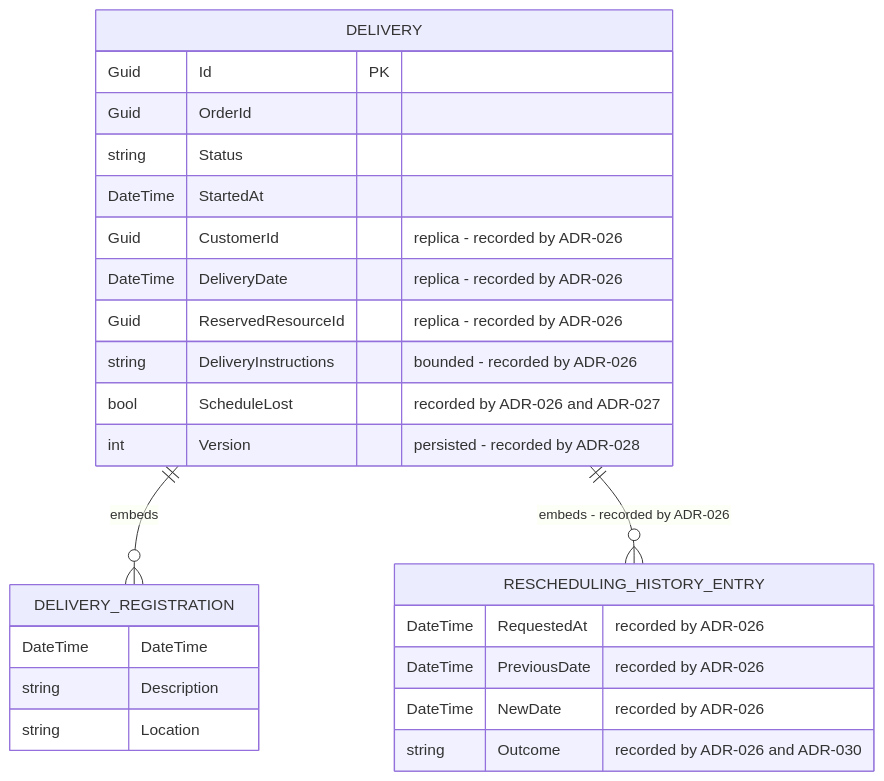
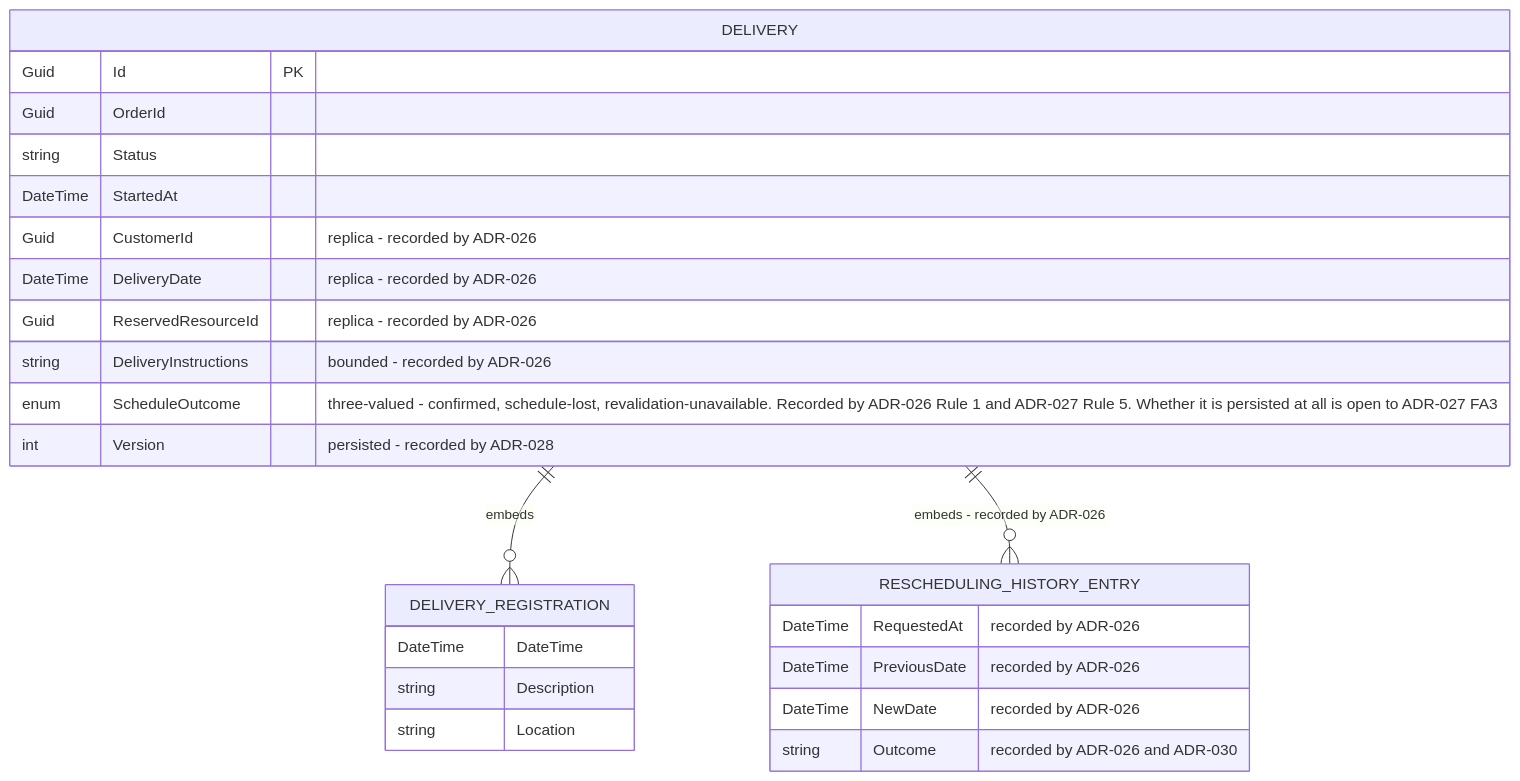
Diagram 24 of 26 in docs/architecture-inventory/architecture-views.md (hianshul100/Pacco.Context), drawn with Mermaid before and after one commit. The commit also changed other lines of this file and 11 other files, not shown here.

First line of the commit message:
docs(architecture): apply reviewer feedback to the 14830 architecture evolution

````diff
--- a/docs/architecture-inventory/architecture-views.md
+++ b/docs/architecture-inventory/architecture-views.md
@@ -1405,28 +1405,28 @@
 ```mermaid
 erDiagram
     DELIVERY ||--o{ DELIVERY_REGISTRATION : "embeds"
     DELIVERY ||--o{ RESCHEDULING_HISTORY_ENTRY : "embeds - recorded by ADR-026"
     DELIVERY {
         Guid Id PK
         Guid OrderId
         string Status
         DateTime StartedAt
         Guid CustomerId "replica - recorded by ADR-026"
         DateTime DeliveryDate "replica - recorded by ADR-026"
         Guid ReservedResourceId "replica - recorded by ADR-026"
         string DeliveryInstructions "bounded - recorded by ADR-026"
-        bool ScheduleLost "recorded by ADR-026 and ADR-027"
+        enum ScheduleOutcome "three-valued - confirmed, schedule-lost, revalidation-unavailable. Recorded by ADR-026 Rule 1 and ADR-027 Rule 5. Whether it is persisted at all is open to ADR-027 FA3"
         int Version "persisted - recorded by ADR-028"
     }
     DELIVERY_REGISTRATION {
         DateTime DateTime
         string Description
         string Location
     }
     RESCHEDULING_HISTORY_ENTRY {
         DateTime RequestedAt "recorded by ADR-026"
         DateTime PreviousDate "recorded by ADR-026"
         DateTime NewDate "recorded by ADR-026"
         string Outcome "recorded by ADR-026 and ADR-030"
     }
 ```
````
